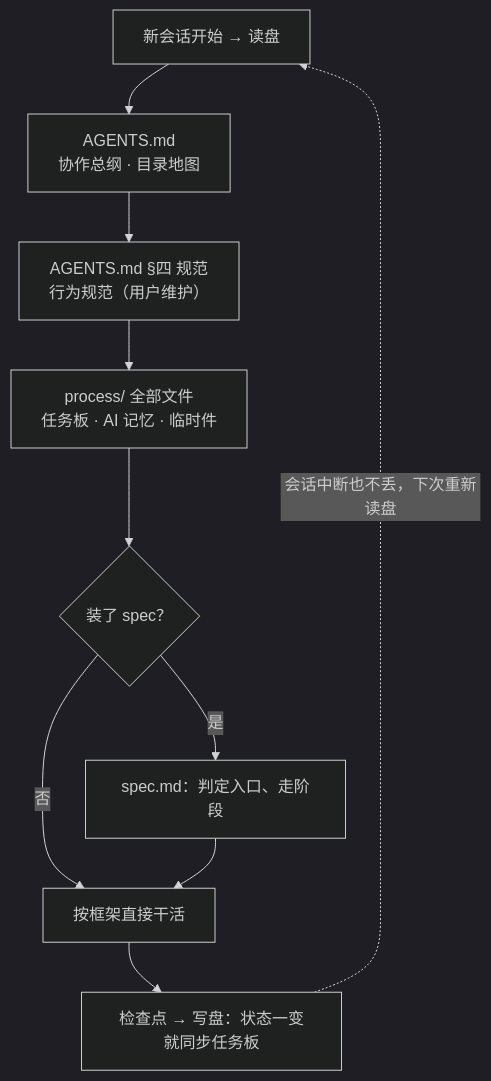
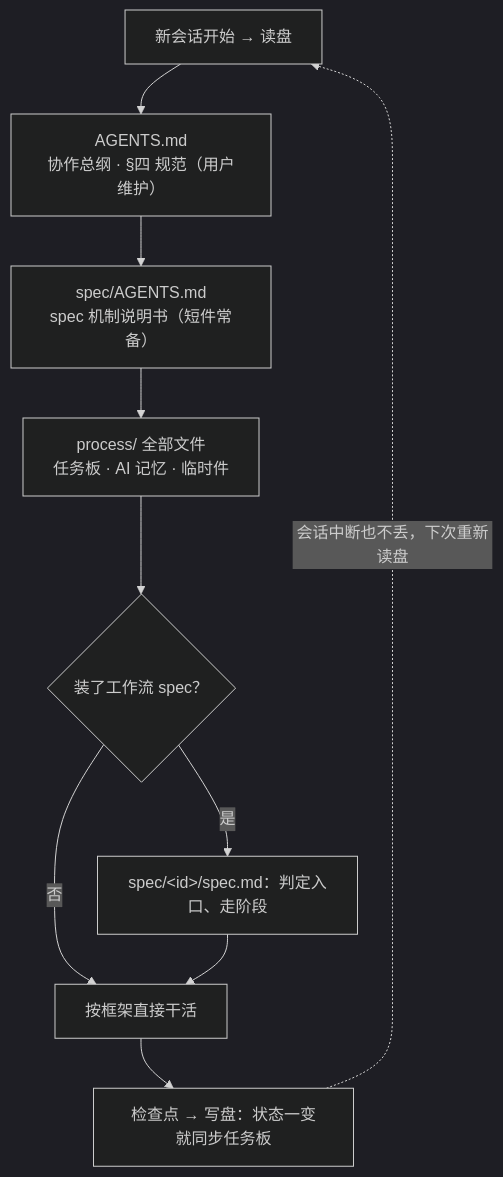
Before and after one commit to The-Daybreaker/project-spec: the first of 2 diagrams in README.md, drawn with Mermaid (dark theme). The commit also changed other lines of this file and 4 other files, not shown here.

First line of the commit message:
docs: 文档可读性精修——长段拆层顺句、去重复，冷启动图补 spec/AGENTS 节点

````diff
--- a/README.md
+++ b/README.md
@@ -26,12 +26,12 @@
 ```mermaid
 flowchart TD
-  S["新会话开始 → 读盘"] --> A["AGENTS.md<br/>协作总纲 · 目录地图"]
-  A --> C["AGENTS.md §四 规范<br/>行为规范（用户维护）"]
-  C --> P["process/ 全部文件<br/>任务板 · AI 记忆 · 临时件"]
-  P --> Q{"装了 spec？"}
-  Q -- 是 --> F["spec.md：判定入口、走阶段"]
+  S["新会话开始 → 读盘"] --> A["AGENTS.md<br/>协作总纲 · §四 规范（用户维护）"]
+  A --> G["spec/AGENTS.md<br/>spec 机制说明书（短件常备）"]
+  G --> P["process/ 全部文件<br/>任务板 · AI 记忆 · 临时件"]
+  P --> Q{"装了工作流 spec？"}
+  Q -- 是 --> F["spec/&lt;id&gt;/spec.md：判定入口、走阶段"]
   Q -- 否 --> W["按框架直接干活"]
   F --> W
   W --> CP["检查点 → 写盘：状态一变就同步任务板"]
   CP -. "会话中断也不丢，下次重新读盘" .-> S
 ```
````
